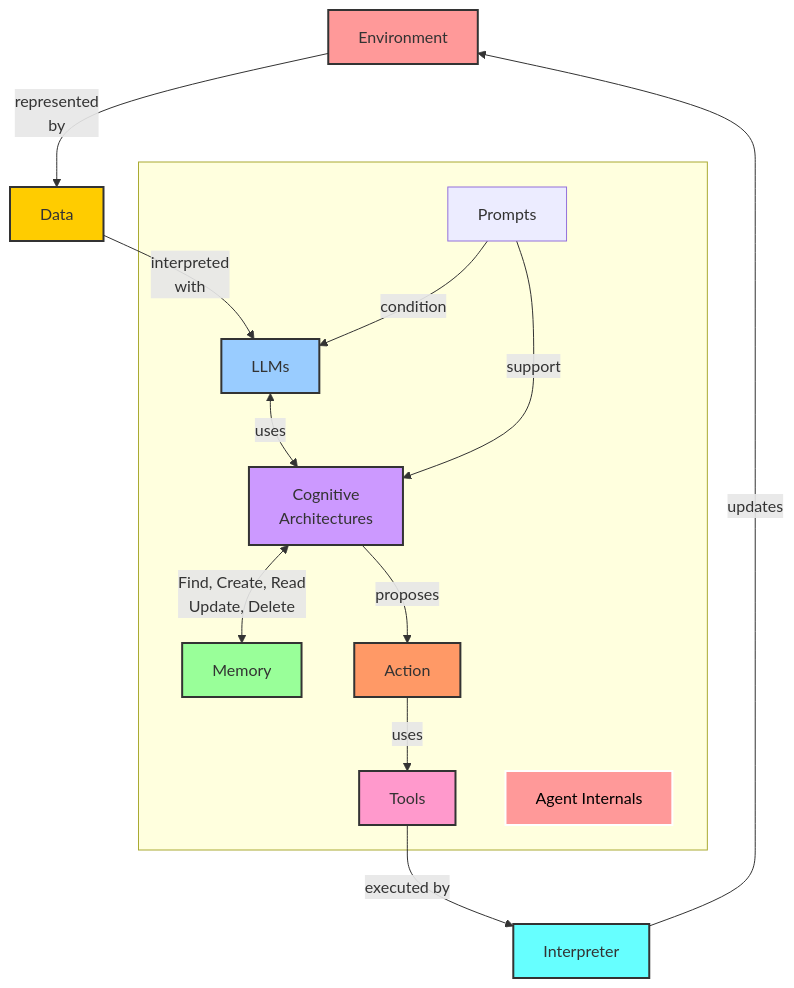
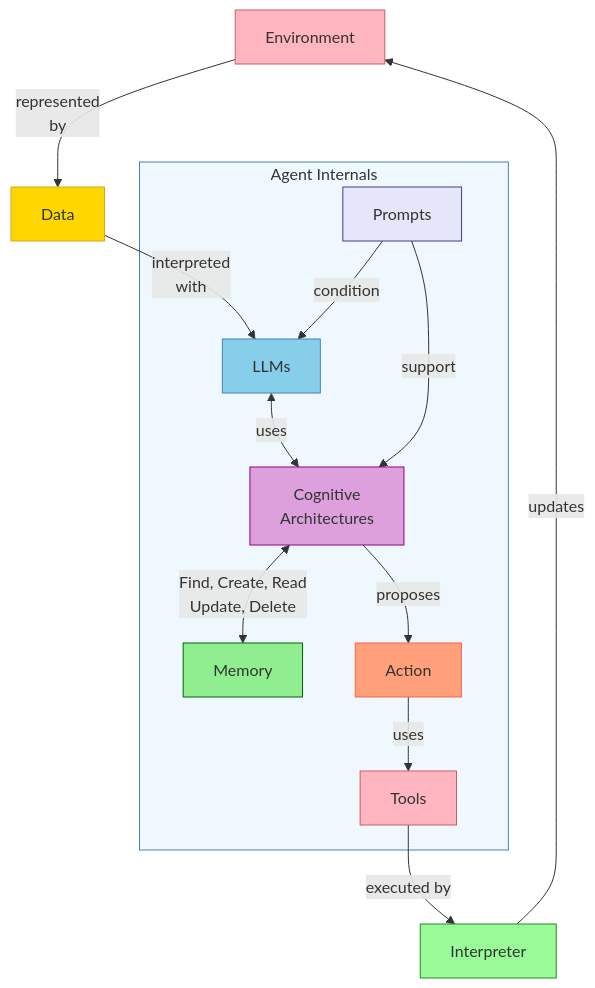
Before and after one commit to ianderrington/genai: the diagram in docs/Understanding/agents/components/index.md, drawn with Mermaid. The commit also changed 37 other files, not shown here.

````diff
--- a/docs/Understanding/agents/components/index.md
+++ b/docs/Understanding/agents/components/index.md
@@ -25,60 +25,55 @@
     ```mermaid
     graph TB
         Environment[Environment] -->|represented <br> by | Data[Data]
         
         click Environment "./environments.html"
         Data -->|interpreted <br> with| LLM[LLMs]
         click Data "../data/index.html"
         LLM <-->|uses| CognitiveArchitectures[Cognitive <br>Architectures]
         click LLM "../../architectures/models/index.html"
         CognitiveArchitectures <--> |Find, Create, Read<br>Update, Delete| Memory[Memory]
         
-        classDef promptsColor fill:#f0ad4e,stroke:#333,stroke-width:2px;
-        class Prompts promptsColor;
         click Memory "./memory.html"
         Prompts[Prompts] -->|condition| LLM
         click Prompts "../../prompting/index.html"
         Prompts -->|support| CognitiveArchitectures
         click Prompts "../../prompting/index.html"
         CognitiveArchitectures -->|proposes| Action[Action]
         click CognitiveArchitectures "./cognitive_architecture.html"
         Action -->|uses| Tools[Tools]
         click Tools "./actions_and_tools.html"
         Tools -->|executed by| Interpreter[Interpreter]
         Interpreter -->|updates| Environment
+
+        subgraph AgentInternals[Agent Internals]
+            LLM
+            Prompts
+            CognitiveArchitectures
+            Memory
+            Action
+            Tools
+        end
+        click AgentInternals "./index.html"
         
+        classDef env fill:#FFB6C1,stroke:#CD5C5C
+        classDef data fill:#FFD700,stroke:#DAA520
+        classDef llm fill:#87CEEB,stroke:#4682B4
+        classDef prompts fill:#E6E6FA,stroke:#483D8B
+        classDef cogarch fill:#DDA0DD,stroke:#8B008B
+        classDef memory fill:#90EE90,stroke:#006400
+        classDef action fill:#FFA07A,stroke:#FF6347
+        classDef tools fill:#FFB6C1,stroke:#CD5C5C
+        classDef interpreter fill:#98FB98,stroke:#228B22
+        classDef internals fill:#F0F8FF,stroke:#4682B4
 
-        classDef dataColor fill:#ffcc00,stroke:#333,stroke-width:2px;
-        classDef environmentColor fill:#ff9999,stroke:#333,stroke-width:2px;
-        classDef llmColor fill:#99ccff,stroke:#333,stroke-width:2px;
-        classDef cognitiveColor fill:#cc99ff,stroke:#333,stroke-width:2px;
-        classDef memoryColor fill:#99ff99,stroke:#333,stroke-width:2px;
-        classDef actionColor fill:#ff9966,stroke:#333,stroke-width:2px;
-        classDef toolsColor fill:#ff99cc,stroke:#333,stroke-width:2px;
-        classDef interpreterColor fill:#66ffff,stroke:#333,stroke-width:2px;
-        classDef internal fill:#f996,stroke:#333,stroke-width:2px;
-        classDef external fill:#9f6,stroke:#333,stroke-width:2px;
-
-        class Data dataColor;
-        class Environment environmentColor;
-        class LLM llmColor;
-        class CognitiveArchitectures cognitiveColor;
-        class Memory memoryColor;
-        class Action actionColor;
-        class Tools toolsColor;
-        class Interpreter interpreterColor;
-
-        subgraph  
-        LLM
-        Prompts
-        CognitiveArchitectures
-        Memory
-        Action
-        Tools
-        DummyNode[Agent Internals]
-        end
-        click DummyNode "./index.html"
-        class DummyNode internal;
-        style DummyNode fill:#ff9999,stroke:#fff,color:#000;  
-
+        class Environment env
+        class Data data
+        class LLM llm
+        class Prompts prompts
+        class CognitiveArchitectures cogarch
+        class Memory memory
+        class Action action
+        class Tools tools
+        class Interpreter interpreter
+        class AgentInternals internals
     ```
````
